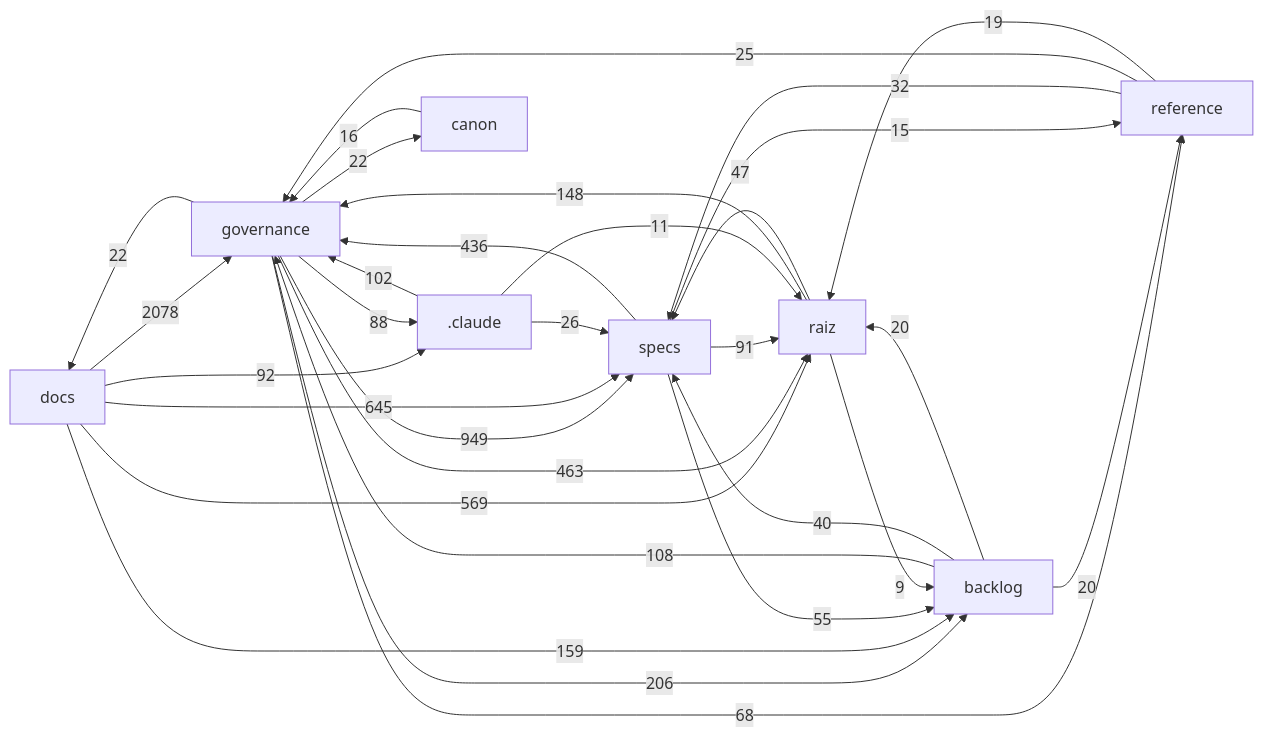
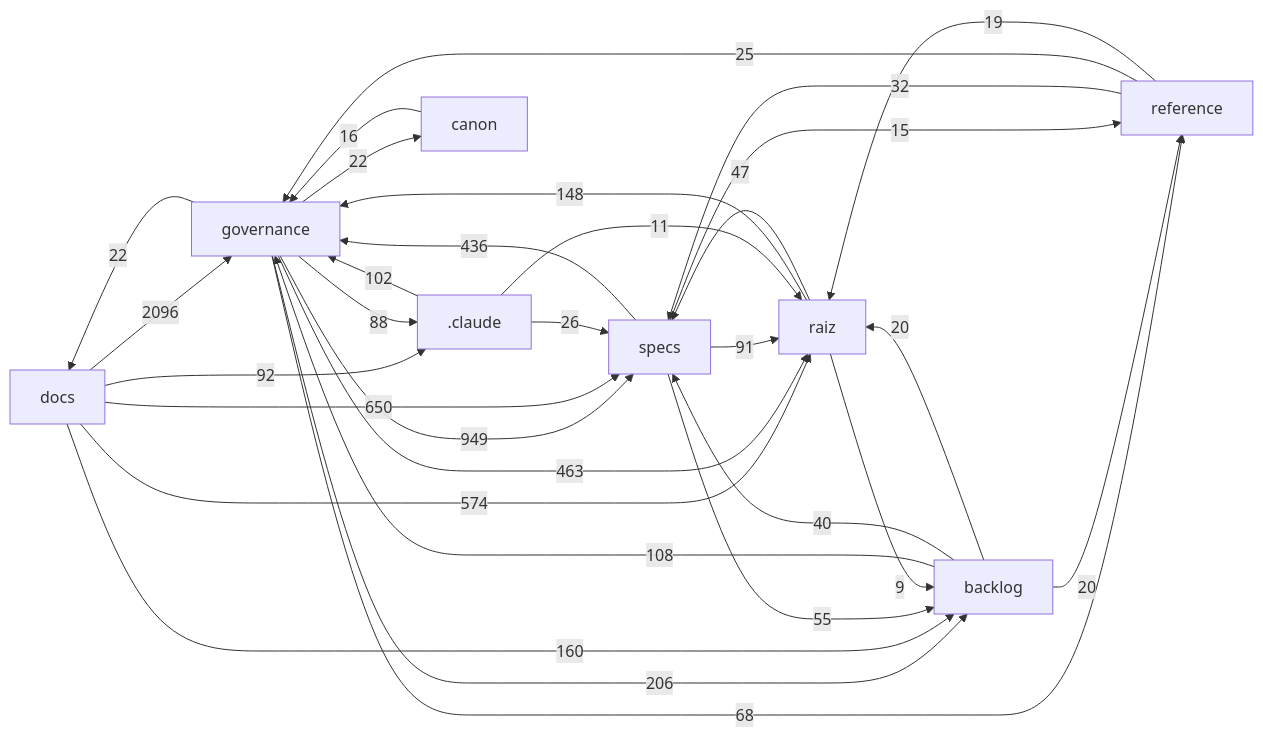
Before and after one commit to Andraus35/Sistema-Operacional-de-Trading--SOT: the diagram in docs/mapa/MAPA-PROJETO.md, drawn with Mermaid. The commit also changed other lines of this file and 3 other files, not shown here.

````diff
--- a/docs/mapa/MAPA-PROJETO.md
+++ b/docs/mapa/MAPA-PROJETO.md
@@ -29,33 +29,33 @@
 ```mermaid
 flowchart LR
-  docs["docs"] -->|2078| governance["governance"]
+  docs["docs"] -->|2096| governance["governance"]
   governance["governance"] -->|949| specs["specs"]
-  docs["docs"] -->|645| specs["specs"]
-  docs["docs"] -->|569| raiz["raiz"]
+  docs["docs"] -->|650| specs["specs"]
+  docs["docs"] -->|574| raiz["raiz"]
   governance["governance"] -->|463| raiz["raiz"]
   specs["specs"] -->|436| governance["governance"]
   governance["governance"] -->|206| backlog["backlog"]
-  docs["docs"] -->|159| backlog["backlog"]
+  docs["docs"] -->|160| backlog["backlog"]
   raiz["raiz"] -->|148| governance["governance"]
   backlog["backlog"] -->|108| governance["governance"]
   _claude[".claude"] -->|102| governance["governance"]
   docs["docs"] -->|92| _claude[".claude"]
   specs["specs"] -->|91| raiz["raiz"]
   governance["governance"] -->|88| _claude[".claude"]
   governance["governance"] -->|68| reference["reference"]
   specs["specs"] -->|55| backlog["backlog"]
   raiz["raiz"] -->|47| specs["specs"]
   backlog["backlog"] -->|40| specs["specs"]
   reference["reference"] -->|32| specs["specs"]
   _claude[".claude"] -->|26| specs["specs"]
   reference["reference"] -->|25| governance["governance"]
   governance["governance"] -->|22| docs["docs"]
   governance["governance"] -->|22| canon["canon"]
   backlog["backlog"] -->|20| raiz["raiz"]
   backlog["backlog"] -->|20| reference["reference"]
   reference["reference"] -->|19| raiz["raiz"]
   canon["canon"] -->|16| governance["governance"]
   specs["specs"] -->|15| reference["reference"]
   _claude[".claude"] -->|11| raiz["raiz"]
   raiz["raiz"] -->|9| backlog["backlog"]
 ```
````
